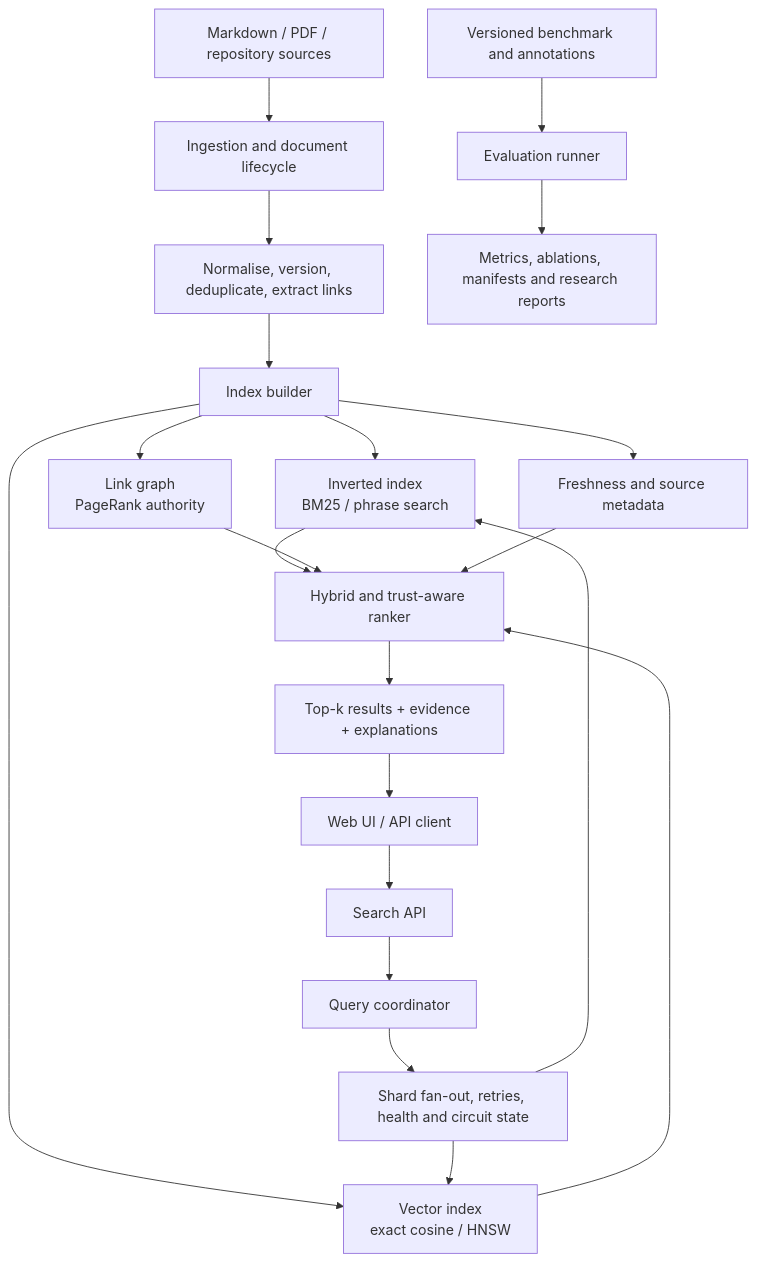
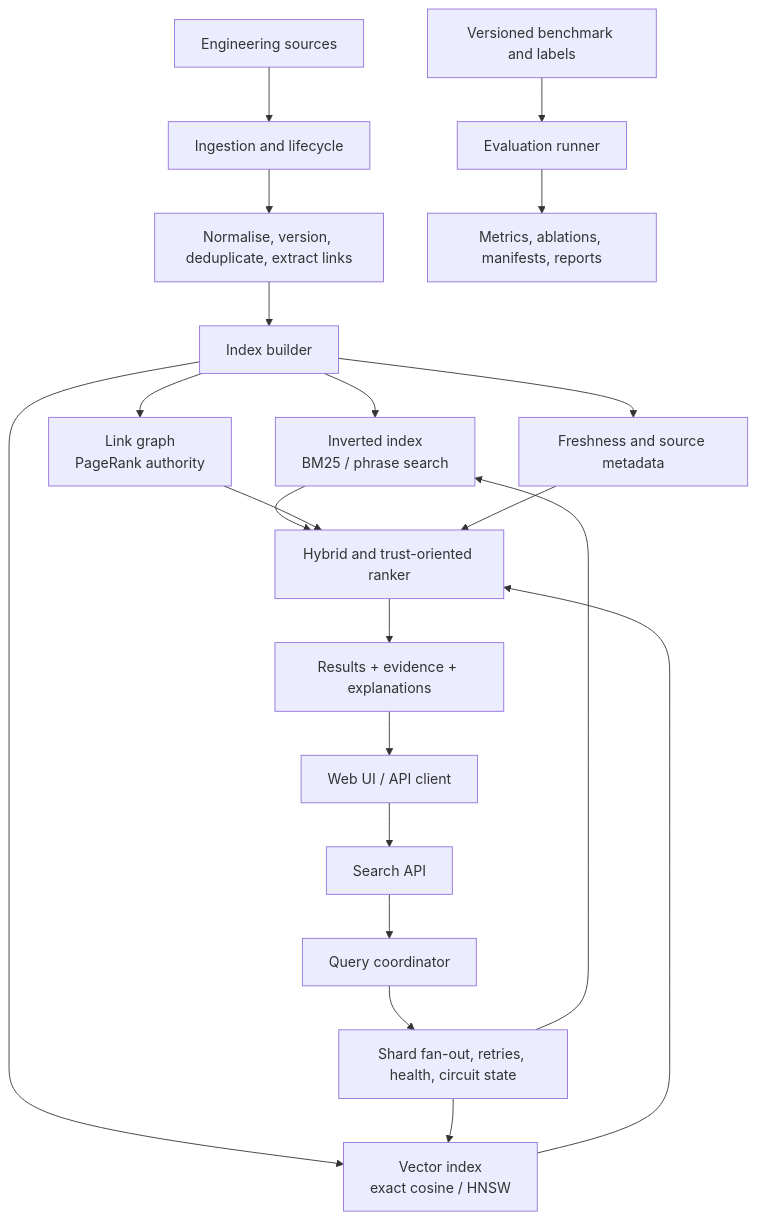
The diagram in README.md (Bishrav/NEBULA), drawn with Mermaid before and after one commit. The commit also changed other lines of this file, not shown here.

Commit message:
docs: rewrite README for research presentation

````diff
--- a/README.md
+++ b/README.md
@@ -88,26 +81,26 @@
 ```mermaid
 flowchart TB
-    A[Markdown / PDF / repository sources] --> B[Ingestion and document lifecycle]
+    A[Engineering sources] --> B[Ingestion and lifecycle]
     B --> C[Normalise, version, deduplicate, extract links]
     C --> D[Index builder]
 
     D --> E[Inverted index<br/>BM25 / phrase search]
     D --> F[Vector index<br/>exact cosine / HNSW]
     D --> G[Link graph<br/>PageRank authority]
     D --> H[Freshness and source metadata]
 
     Q[Web UI / API client] --> R[Search API]
     R --> S[Query coordinator]
-    S --> T[Shard fan-out, retries, health and circuit state]
+    S --> T[Shard fan-out, retries, health, circuit state]
     T --> E
     T --> F
-    E --> U[Hybrid and trust-aware ranker]
+    E --> U[Hybrid and trust-oriented ranker]
     F --> U
     G --> U
     H --> U
-    U --> V[Top-k results + evidence + explanations]
+    U --> V[Results + evidence + explanations]
     V --> Q
 
-    W[Versioned benchmark and annotations] --> X[Evaluation runner]
-    X --> Y[Metrics, ablations, manifests and research reports]
+    W[Versioned benchmark and labels] --> X[Evaluation runner]
+    X --> Y[Metrics, ablations, manifests, reports]
 ```
````
